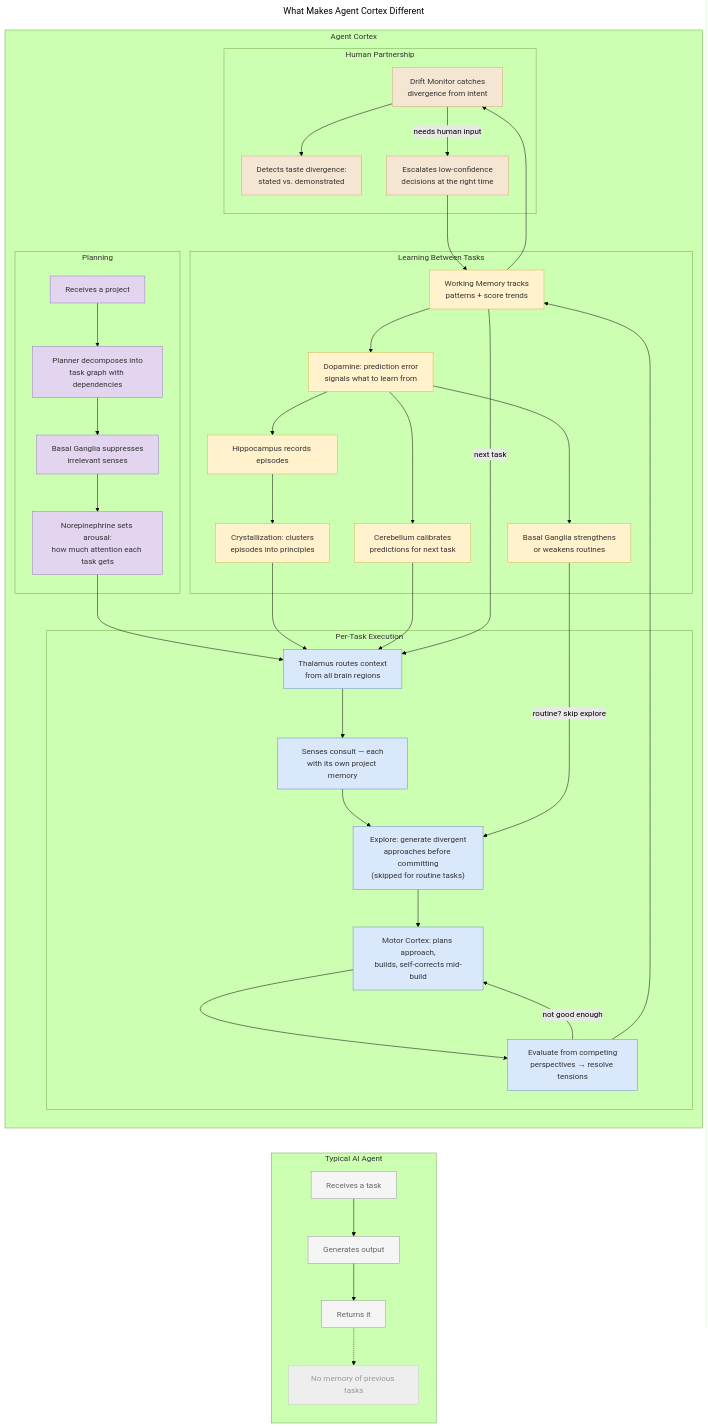
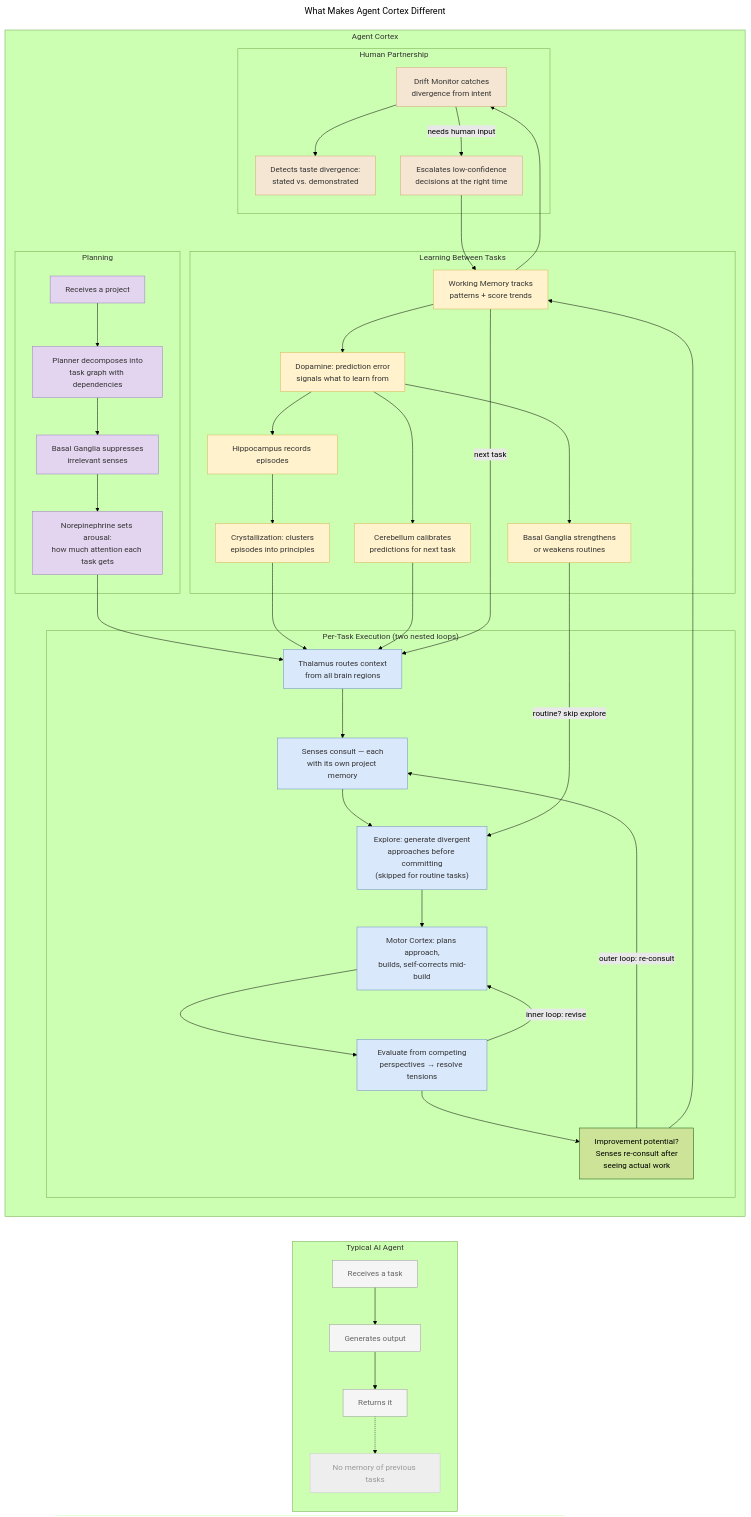
The diagram in diagrams/what-makes-it-different.mmd (Joinery-dev/agent-cortex), drawn with Mermaid (forest theme) before and after one commit. The commit also changed 37 other files, not shown here.

Commit message:
cortex: work-in-progress on cortex/task/task-adceb61d-dee3-492b-a57a-9ba2a736b940

```diff
--- a/diagrams/what-makes-it-different.mmd
+++ b/diagrams/what-makes-it-different.mmd
@@ -1,77 +1,80 @@
 ---
 title: "What Makes Agent Cortex Different"
 scope: global
 ---
 graph LR
     subgraph TYPICAL["Typical AI Agent"]
         direction TB
         A1["Receives a task"]
         A2["Generates output"]
         A3["Returns it"]
         A4["No memory of previous tasks"]
         A1 --> A2 --> A3
         A3 -.-> A4
     end
 
     subgraph CORTEX["Agent Cortex"]
         direction TB
 
         subgraph PLAN["Planning"]
             B1["Receives a project"]
             B2["Planner decomposes into<br/>task graph with dependencies"]
             B3["Basal Ganglia suppresses<br/>irrelevant senses"]
             B4["Norepinephrine sets arousal:<br/>how much attention each task gets"]
         end
 
-        subgraph EXEC["Per-Task Execution"]
+        subgraph EXEC["Per-Task Execution (two nested loops)"]
             B5["Thalamus routes context<br/>from all brain regions"]
             B6["Senses consult — each<br/>with its own project memory"]
             B6b["Explore: generate divergent<br/>approaches before committing<br/>(skipped for routine tasks)"]
             B7["Motor Cortex: plans approach,<br/>builds, self-corrects mid-build"]
             B8["Evaluate from competing<br/>perspectives → resolve tensions"]
+            B8b["Improvement potential?<br/>Senses re-consult after<br/>seeing actual work"]
         end
 
         subgraph LEARN["Learning Between Tasks"]
             B9["Working Memory tracks<br/>patterns + score trends"]
             B10["Dopamine: prediction error<br/>signals what to learn from"]
             B11["Hippocampus records episodes"]
             B11b["Crystallization: clusters<br/>episodes into principles"]
             B12["Basal Ganglia strengthens<br/>or weakens routines"]
             B13["Cerebellum calibrates<br/>predictions for next task"]
         end
 
         subgraph PARTNER["Human Partnership"]
             B14["Drift Monitor catches<br/>divergence from intent"]
             B15["Detects taste divergence:<br/>stated vs. demonstrated"]
             B16["Escalates low-confidence<br/>decisions at the right time"]
         end
 
         B1 --> B2 --> B3 --> B4
         B4 --> B5 --> B6 --> B6b --> B7 --> B8
-        B8 -->|"not good enough"| B7
-        B8 --> B9 --> B10
+        B8 -->|"inner loop: revise"| B7
+        B8 --> B8b
+        B8b -->|"outer loop: re-consult"| B6
+        B8b --> B9 --> B10
         B10 --> B11 --> B11b
         B10 --> B12 & B13
         B11b --> B5
         B13 --> B5
         B12 -->|"routine? skip explore"| B6b
         B9 --> B14
         B14 --> B15
         B14 -->|"needs human input"| B16
         B16 --> B9
         B9 -->|"next task"| B5
     end
 
     classDef typical fill:#f5f5f5,stroke:#999,color:#666
     classDef plan fill:#e3d5f0,stroke:#9b7dc4,color:#333
     classDef exec fill:#dae8fc,stroke:#6c8ebf,color:#333
     classDef learn fill:#fff2cc,stroke:#d6b656,color:#333
     classDef partner fill:#f5e6d3,stroke:#d4a574,color:#333
     classDef dead fill:#eee,stroke:#ccc,color:#999
 
     class A1,A2,A3 typical
     class A4 dead
     class B1,B2,B3,B4 plan
     class B5,B6,B6b,B7,B8 exec
     class B9,B10,B11,B11b,B12,B13 learn
     class B14,B15,B16 partner
```
